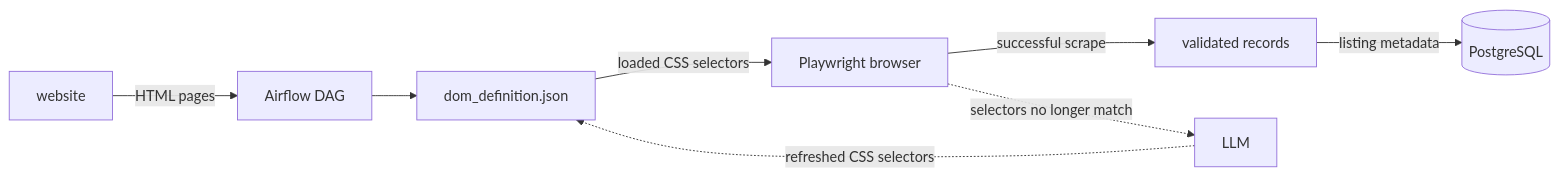
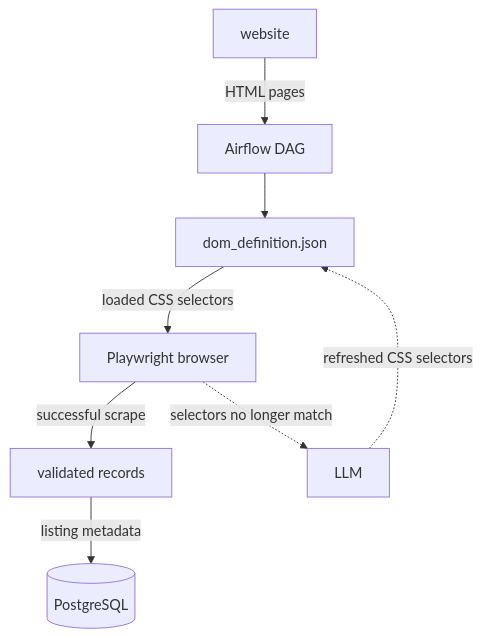
The diagram in README.md (kshshton/sheloba), drawn with Mermaid before and after one commit.

Commit message:
Fix flow diagram

````diff
--- a/README.md
+++ b/README.md
@@ -11,10 +11,10 @@
 ```mermaid
-flowchart LR
+flowchart TB
     W[website] -->|HTML pages| S[Airflow DAG]
     S --> D[dom_definition.json]
     D -->|loaded CSS selectors| P[Playwright browser]
     P -->|successful scrape| V[validated records]
     V -->|listing metadata| DB[(PostgreSQL)]
     P -. selectors no longer match .-> G[LLM]
     G -. refreshed CSS selectors .-> D
 ```
````
